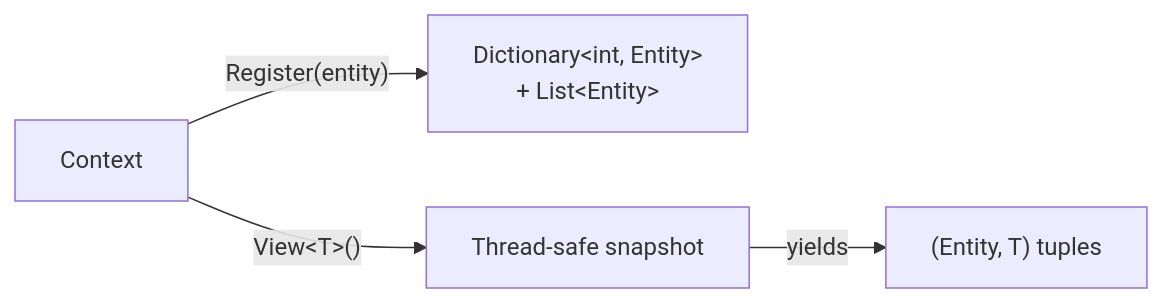
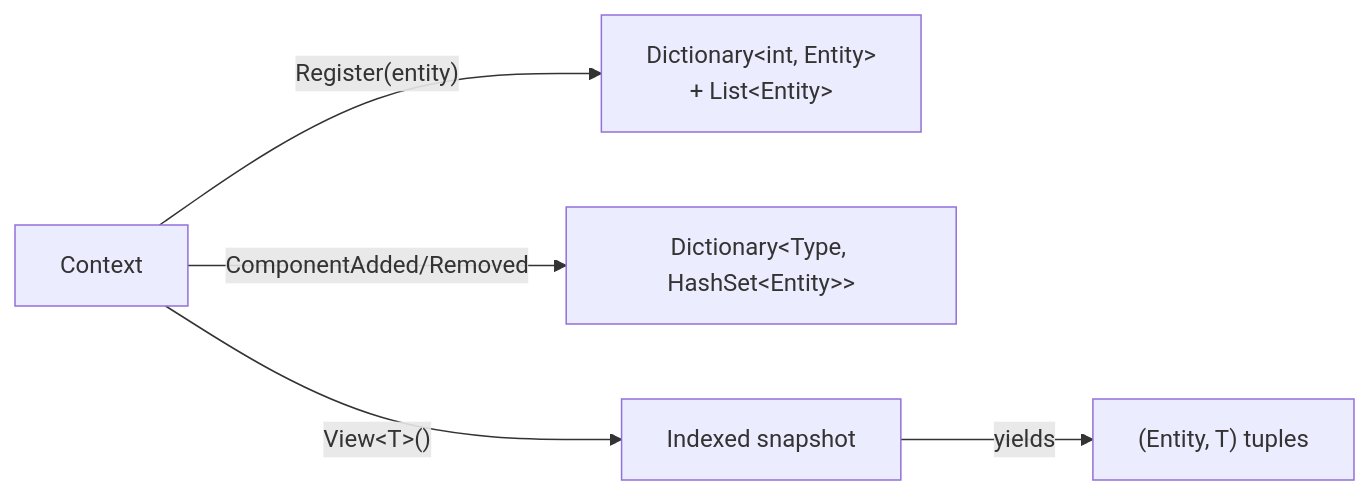
Before and after one commit to kateusz/GameEngine: the third of 5 diagrams in docs/architecture/ecs-architecture.md, drawn with Mermaid. The commit also changed other lines of this file and 25 other files, not shown here.

````diff
--- a/docs/architecture/ecs-architecture.md
+++ b/docs/architecture/ecs-architecture.md
@@ -106,6 +120,7 @@
 ```mermaid
 graph LR
     Context -->|"Register(entity)"| Storage["Dictionary&lt;int, Entity&gt;<br/>+ List&lt;Entity&gt;"]
-    Context -->|"View&lt;T&gt;()"| Snapshot["Thread-safe snapshot"]
+    Context -->|"ComponentAdded/Removed"| Index["Dictionary&lt;Type, HashSet&lt;Entity&gt;&gt;"]
+    Context -->|"View&lt;T&gt;()"| Snapshot["Indexed snapshot"]
     Snapshot -->|yields| Tuples["(Entity, T) tuples"]
 ```
````
